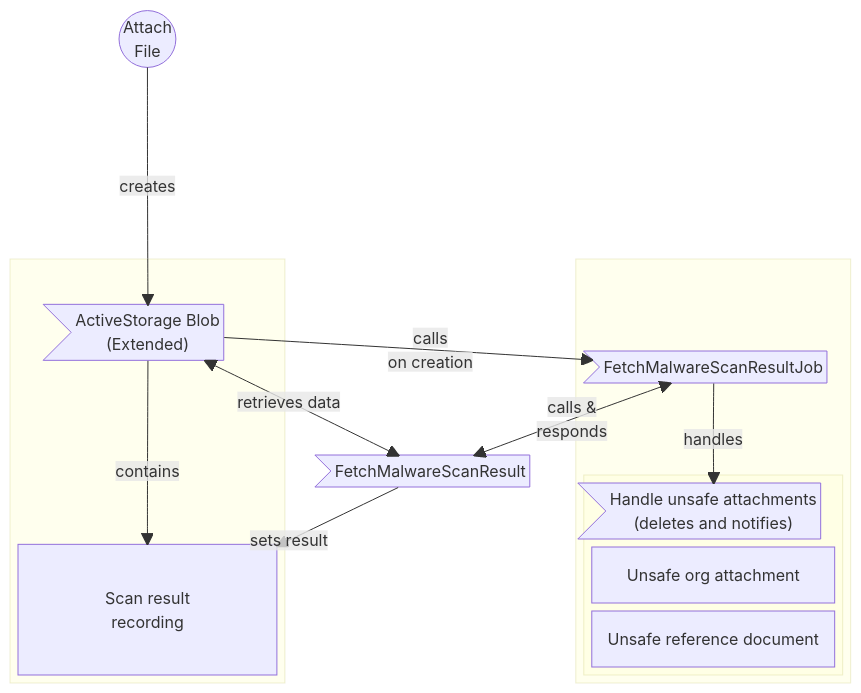
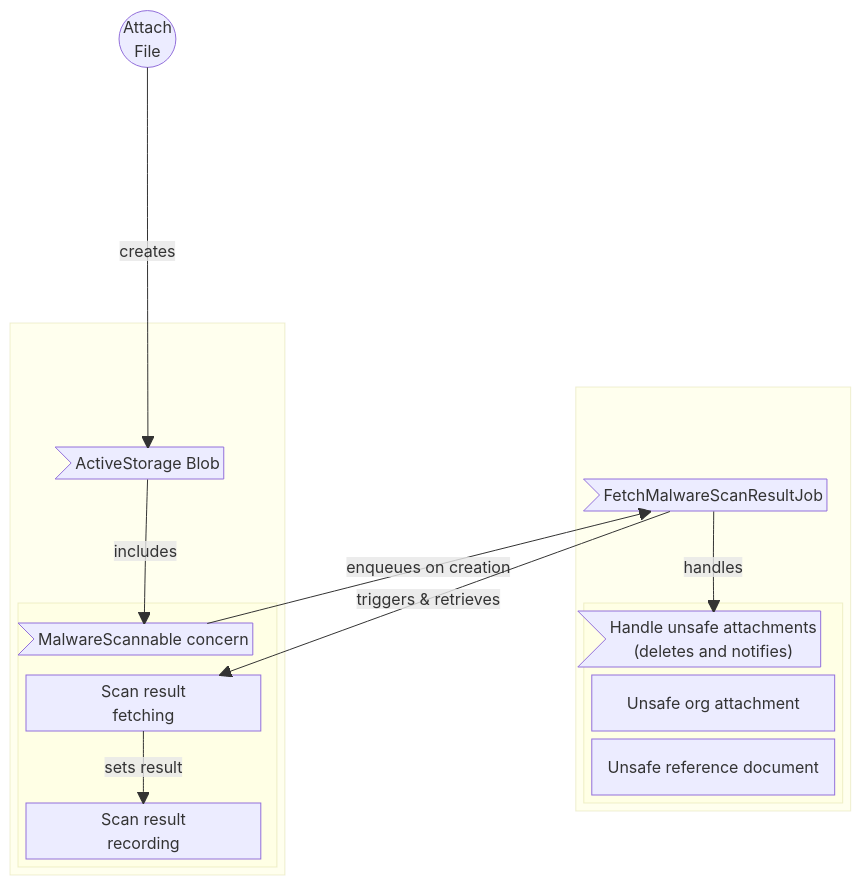
Before and after one commit to DFE-Digital/teaching-vacancies: the second of 2 diagrams in documentation/service/technical/file-uploads-antivirus-scan.md, drawn with Mermaid.

Commit message:
Adapt documentation to refactor

````diff
--- a/documentation/service/technical/file-uploads-antivirus-scan.md
+++ b/documentation/service/technical/file-uploads-antivirus-scan.md
@@ -38,30 +38,34 @@
 ```mermaid
 block-beta
 columns 3
   attach(("Attach\nFile")) space:2
   block-beta
     columns 1
-    blob>"ActiveStorage Blob\n(Extended)"]
-    space:1
-    scanresult["Scan result\nrecording"]
+    blob>"ActiveStorage Blob"]
+    block-beta
+      columns 1
+      concern>"MalwareScannable concern"]
+      scanfetching["Scan result\nfetching"]
+      space:1
+      scanresult["Scan result\nrecording"]
+    end
   end
-  service>"FetchMalwareScanResult"]
+  space:1
   block-beta
     columns 1
     job>"FetchMalwareScanResultJob"]
     block-beta
       columns 1
       handle>"Handle unsafe attachments\n(deletes and notifies)"]
       unsafeorg["Unsafe org attachment"]
       unsaferef["Unsafe reference document"]
     end
   end
 
   attach -- "creates" -->blob
-  blob -- "contains" -->scanresult
-  blob -- "calls\non creation" -->job
-  service -- "sets result" --> scanresult
-  job -- "calls &\nresponds" <--> service
-  service -- "retrieves data" <-->blob
+  blob -- "includes" -->concern
+  concern -- "enqueues on creation" -->job
+  scanfetching -- "sets result" --> scanresult
+  job -- "triggers & retrieves" --> scanfetching
   job -- "handles" --> handle
 ```
````
